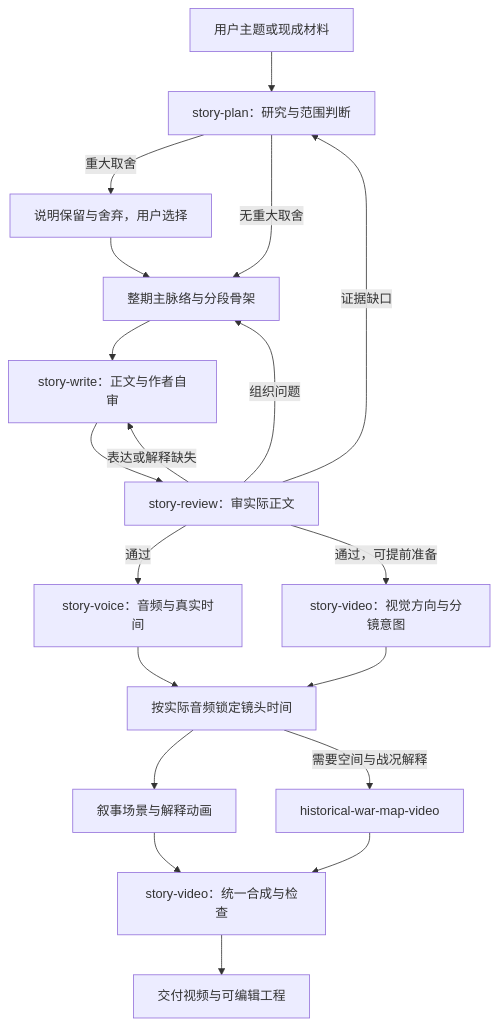
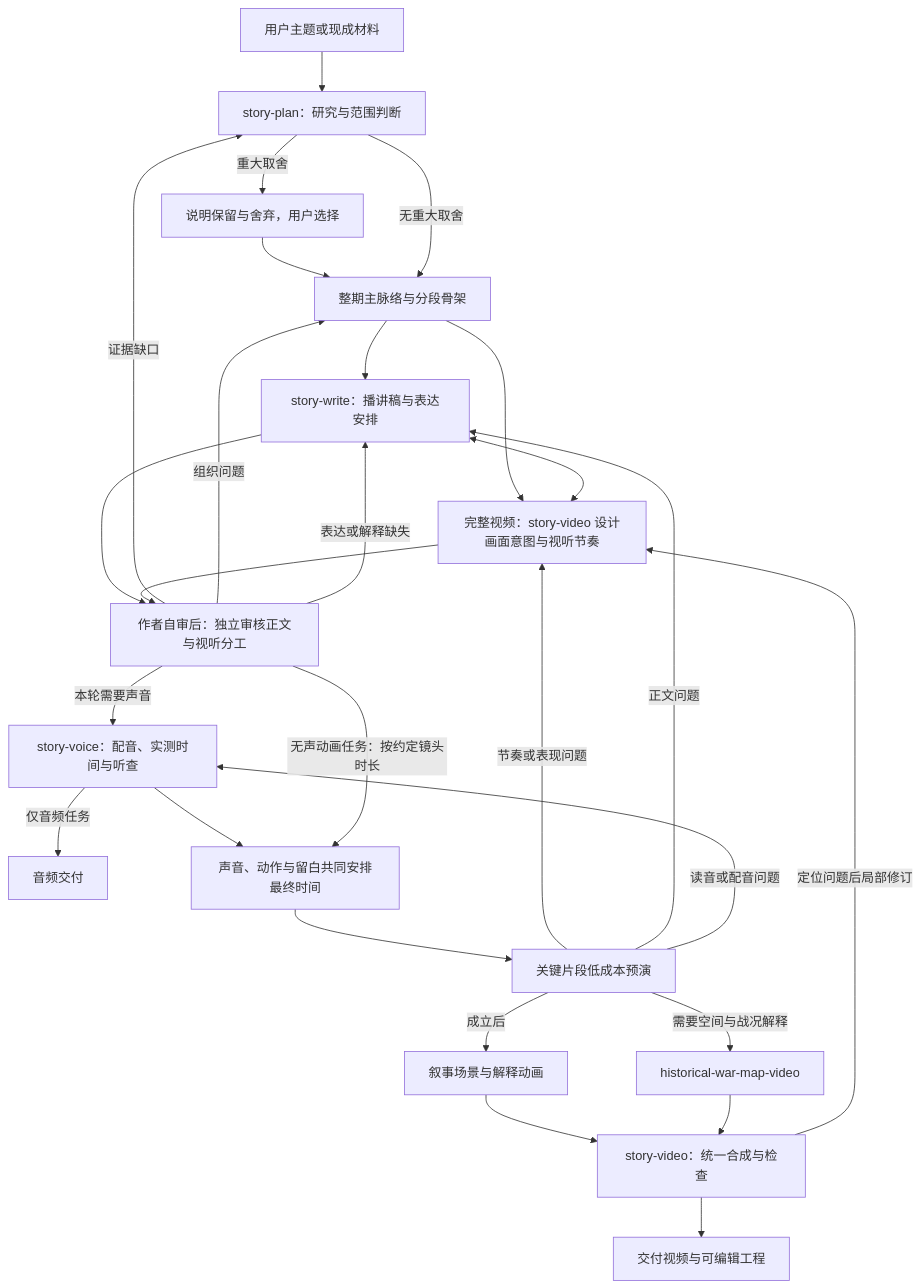
The diagram in 故事与动画Skill集合-快速成型计划.md (oushihao08/ai-video), drawn with Mermaid before and after one commit. The commit also changed other lines of this file and 412 other files, not shown here.

````diff
--- a/故事与动画Skill集合-快速成型计划.md
+++ b/故事与动画Skill集合-快速成型计划.md
@@ -47,21 +76,29 @@
 ```mermaid
 flowchart TD
     A[用户主题或现成材料] --> B[story-plan：研究与范围判断]
     B -->|重大取舍| U[说明保留与舍弃，用户选择]
     U --> C[整期主脉络与分段骨架]
     B -->|无重大取舍| C
-    C --> D[story-write：正文与作者自审]
-    D --> E[story-review：审实际正文]
+    C --> D[story-write：播讲稿与表达安排]
+    C --> V[完整视频：story-video 设计画面意图与视听节奏]
+    D <--> V
+    D --> E[作者自审后：独立审核正文与视听分工]
+    V --> E
     E -->|证据缺口| B
     E -->|组织问题| C
     E -->|表达或解释缺失| D
-    E -->|通过| F[story-voice：音频与真实时间]
-    E -->|通过，可提前准备| G[story-video：视觉方向与分镜意图]
-    F --> H[按实际音频锁定镜头时间]
-    G --> H
-    H --> I[叙事场景与解释动画]
-    H -->|需要空间与战况解释| J[historical-war-map-video]
+    E -->|本轮需要声音| F[story-voice：配音、实测时间与听查]
+    F -->|仅音频任务| AOUT[音频交付]
+    F --> H[声音、动作与留白共同安排最终时间]
+    E -->|无声动画任务：按约定镜头时长| H
+    H --> P[关键片段低成本预演]
+    P -->|节奏或表现问题| V
+    P -->|正文问题| D
+    P -->|读音或配音问题| F
+    P -->|成立后| I[叙事场景与解释动画]
+    P -->|需要空间与战况解释| J[historical-war-map-video]
     I --> K[story-video：统一合成与检查]
     J --> K
     K --> L[交付视频与可编辑工程]
+    K -->|定位问题后局部修订| V
 ```
````
